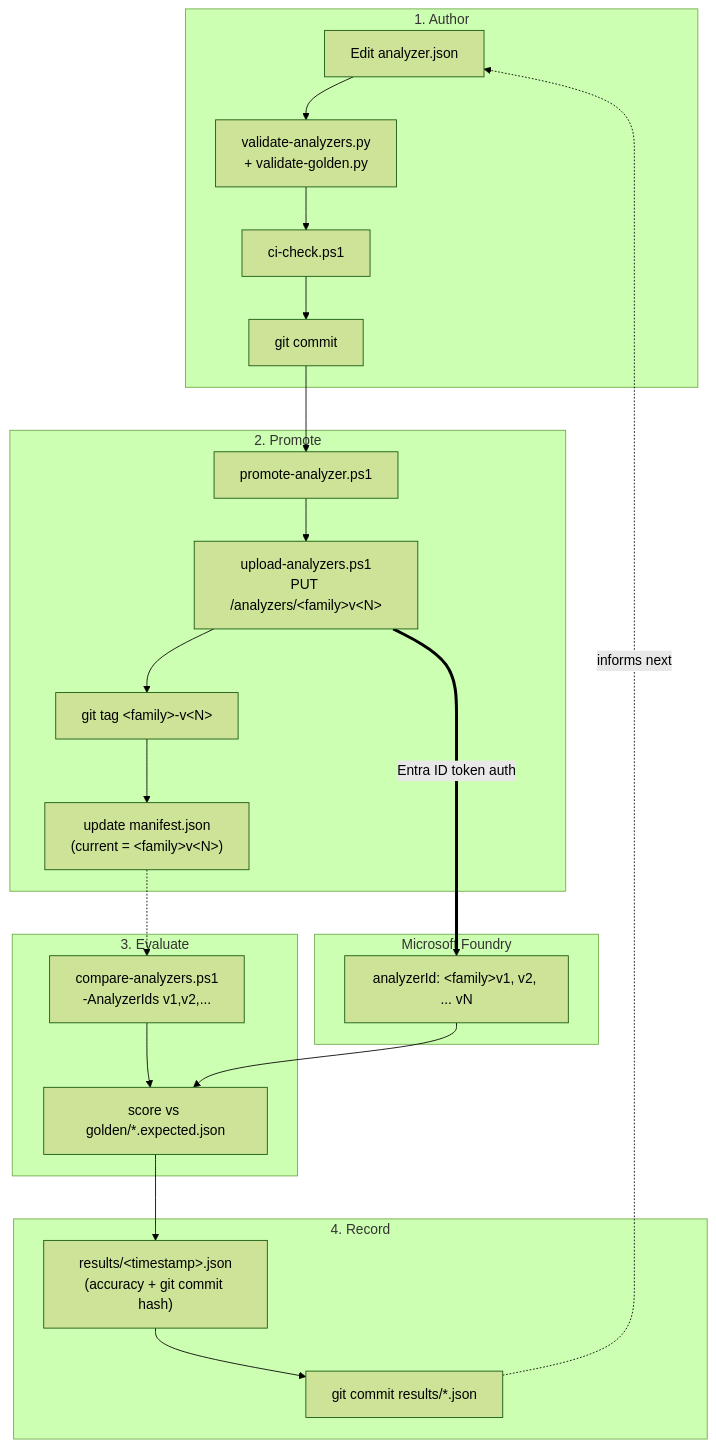
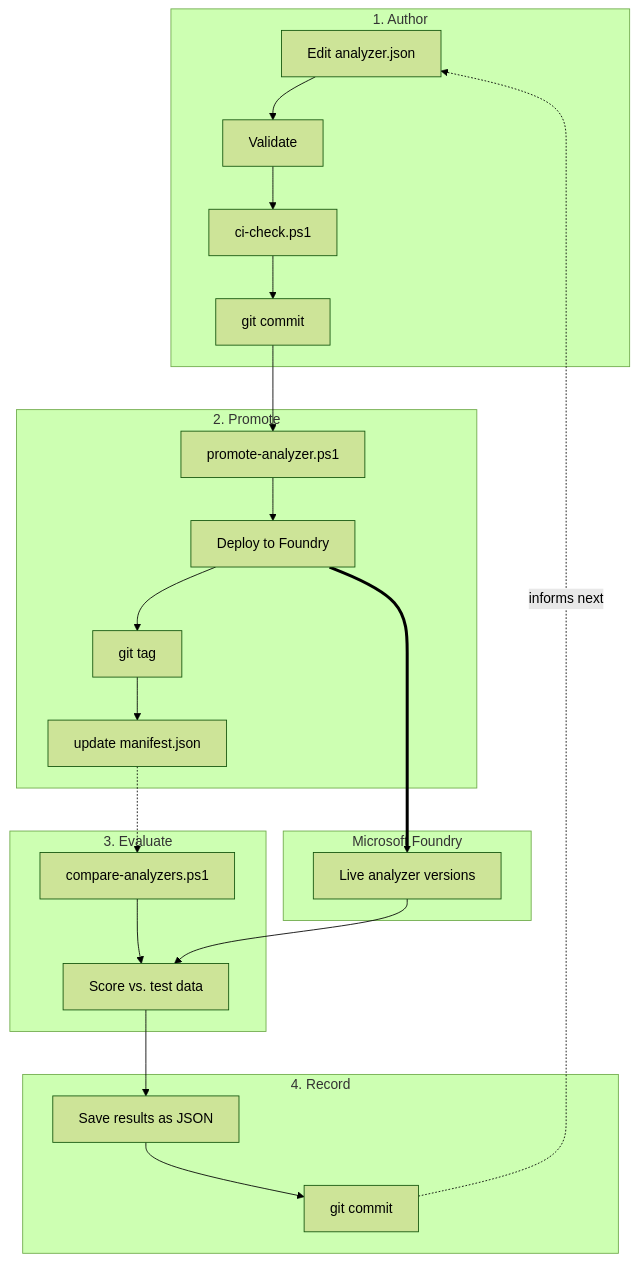
One commit to georgeollis/content-understanding-mlops changed the second of 3 diagrams in README.md. Above: the diagram before and after it, drawn with Mermaid (forest theme). The commit also changed other lines of this file and 2 other files, not shown here.

````diff
--- a/README.md
+++ b/README.md
@@ -43,32 +57,32 @@
 ```mermaid
 graph TB
     subgraph AUTHOR["1. Author"]
-        EDIT["Edit analyzer.json"] --> VALA["validate-analyzers.py<br/>+ validate-golden.py"]
+        EDIT["Edit analyzer.json"] --> VALA["Validate"]
         VALA --> CI["ci-check.ps1"] --> COMMIT["git commit"]
     end
 
     subgraph PROMOTE["2. Promote"]
-        PROMOTESCRIPT["promote-analyzer.ps1"] --> UPLOAD["upload-analyzers.ps1<br/>PUT /analyzers/&lt;family&gt;v&lt;N&gt;"]
-        UPLOAD --> TAG["git tag &lt;family&gt;-v&lt;N&gt;"]
-        TAG --> MANIFEST["update manifest.json<br/>(current = &lt;family&gt;v&lt;N&gt;)"]
+        PROMOTESCRIPT["promote-analyzer.ps1"] --> UPLOAD["Deploy to Foundry"]
+        UPLOAD --> TAG["git tag"]
+        TAG --> MANIFEST["update manifest.json"]
         COMMIT --> PROMOTESCRIPT
     end
 
     subgraph FOUNDRY_G["Microsoft Foundry"]
-        ANALYZERS["analyzerId: &lt;family&gt;v1, v2, ... vN"]
+        ANALYZERS["Live analyzer versions"]
     end
-    UPLOAD ==>|"Entra ID token auth"| ANALYZERS
+    UPLOAD ==> ANALYZERS
 
     subgraph EVALUATE["3. Evaluate"]
-        COMPARESCRIPT["compare-analyzers.ps1<br/>-AnalyzerIds v1,v2,..."] --> SCORE["score vs golden/*.expected.json"]
+        COMPARESCRIPT["compare-analyzers.ps1"] --> SCORE["Score vs. test data"]
         MANIFEST -.-> COMPARESCRIPT
         ANALYZERS --> SCORE
     end
 
     subgraph RECORD["4. Record"]
-        REPORT["results/&lt;timestamp&gt;.json<br/>(accuracy + git commit hash)"]
-        SCORE --> REPORT --> COMMIT2["git commit results/*.json"]
+        REPORT["Save results as JSON"]
+        SCORE --> REPORT --> COMMIT2["git commit"]
     end
 
     COMMIT2 -.->|"informs next"| EDIT
 ```
````
